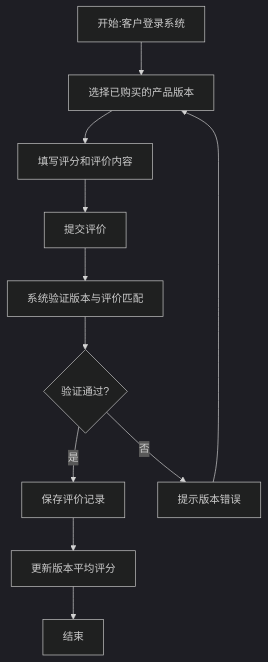
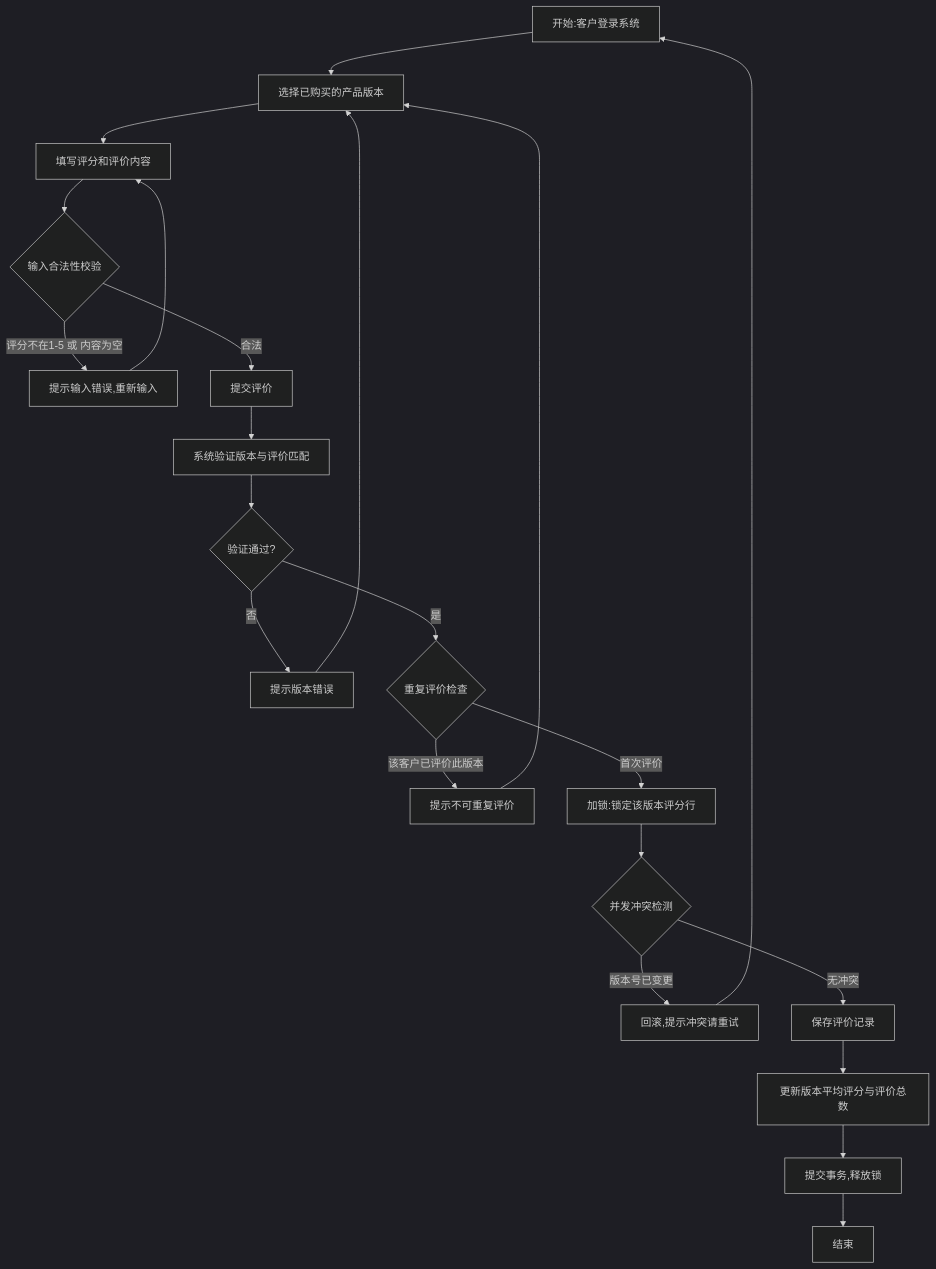
Before and after one commit to NorthBridgeAthlon64/HPLM_SQL: the sixth of 6 diagrams in 01_功能说明.md, drawn with Mermaid (dark theme). The commit also changed other lines of this file and 2 other files, not shown here.

First line of the commit message:
feat: 完善Mermaid流程图异常分支、数据字典与DDL一致性、AI使用记录

````diff
--- a/01_功能说明.md
+++ b/01_功能说明.md
@@ -125,13 +172,24 @@
 ```mermaid
 flowchart TD
     A[开始:客户登录系统] --> B[选择已购买的产品版本]
     B --> C[填写评分和评价内容]
-    C --> D[提交评价]
-    D --> E[系统验证版本与评价匹配]
-    E --> F{验证通过?}
-    F -->|是| G[保存评价记录]
-    G --> H[更新版本平均评分]
-    H --> I[结束]
-    F -->|否| J[提示版本错误]
-    J --> B
+    C --> D{输入合法性校验}
+    D -->|评分不在1-5 或 内容为空| E[提示输入错误,重新输入]
+    E --> C
+    D -->|合法| F[提交评价]
+    F --> G[系统验证版本与评价匹配]
+    G --> H{验证通过?}
+    H -->|否| I[提示版本错误]
+    I --> B
+    H -->|是| J{重复评价检查}
+    J -->|该客户已评价此版本| K[提示不可重复评价]
+    K --> B
+    J -->|首次评价| L[加锁:锁定该版本评分行]
+    L --> M{并发冲突检测}
+    M -->|版本号已变更| N[回滚,提示冲突请重试]
+    N --> A
+    M -->|无冲突| O[保存评价记录]
+    O --> P[更新版本平均评分与评价总数]
+    P --> Q[提交事务,释放锁]
+    Q --> R[结束]
 ```
````
